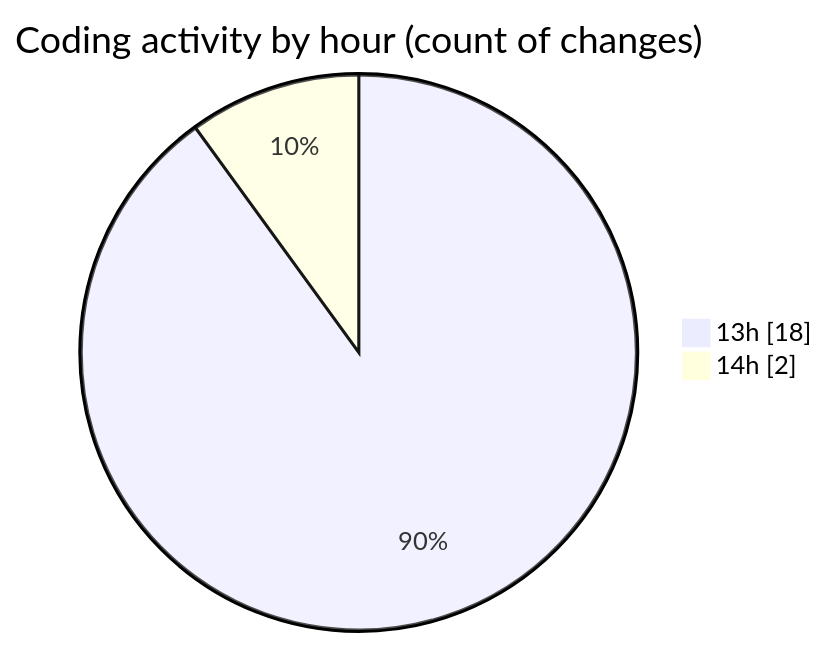
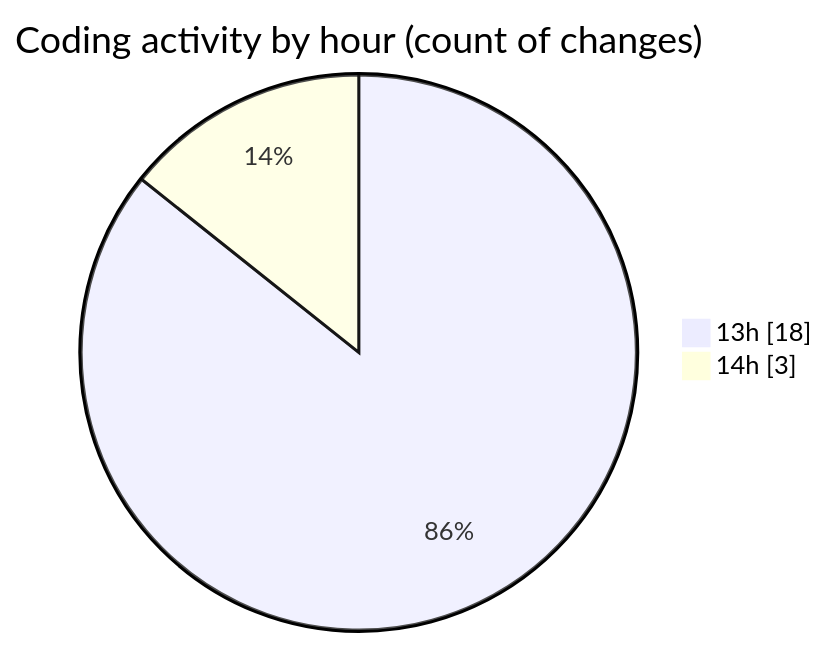
One commit to idhammustaqopulfikri/code-tracking changed the second of 2 diagrams in 2025-06-16/studio-backend/README.md. Above: the diagram before and after it, drawn with Mermaid. The commit also changed other lines of this file and 1 other file, not shown here.

````diff
--- a/2025-06-16/studio-backend/README.md
+++ b/2025-06-16/studio-backend/README.md
@@ -32,6 +32,6 @@
 ```mermaid
 pie showData
 title Coding activity by hour (count of changes)
 "13h" : 18
-"14h" : 2
+"14h" : 3
 ```
````
